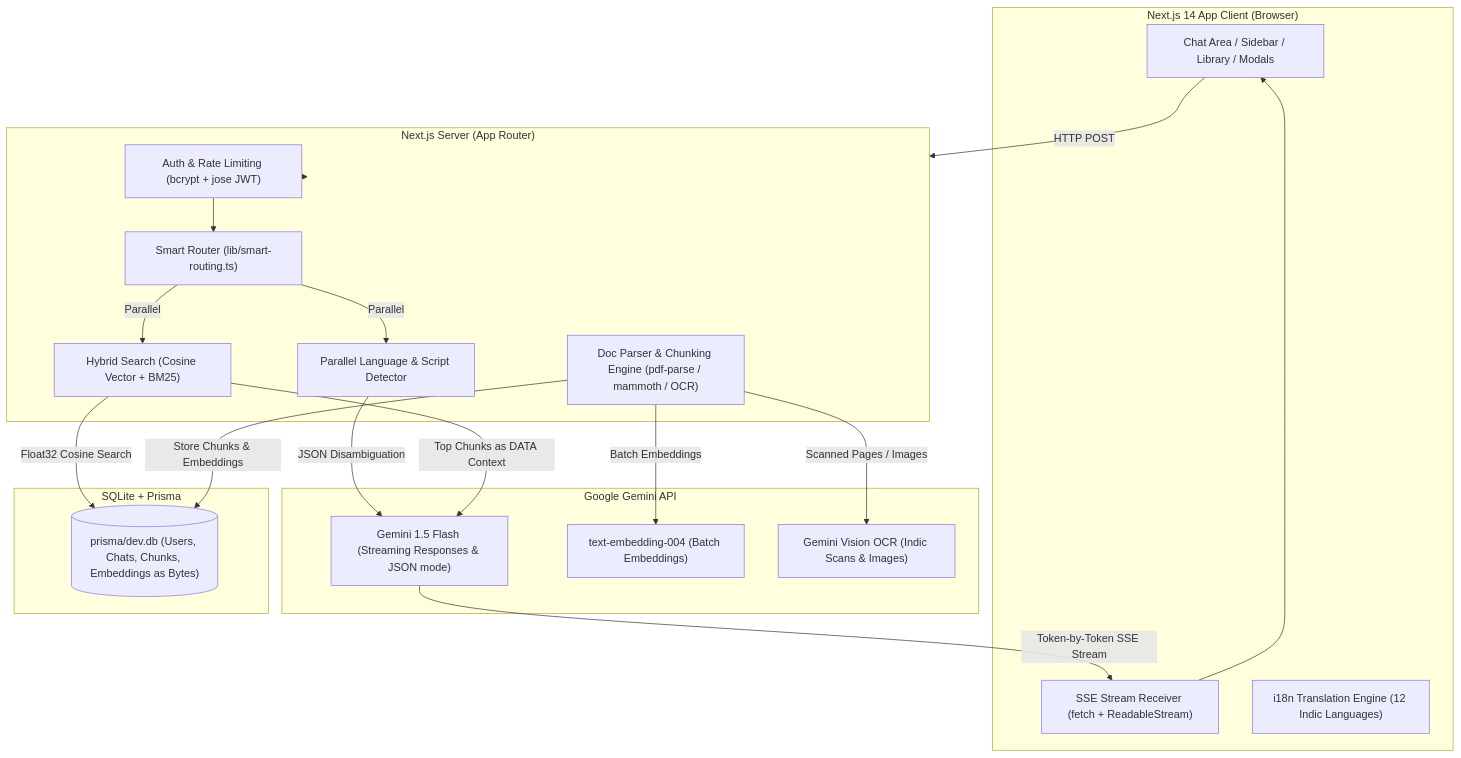
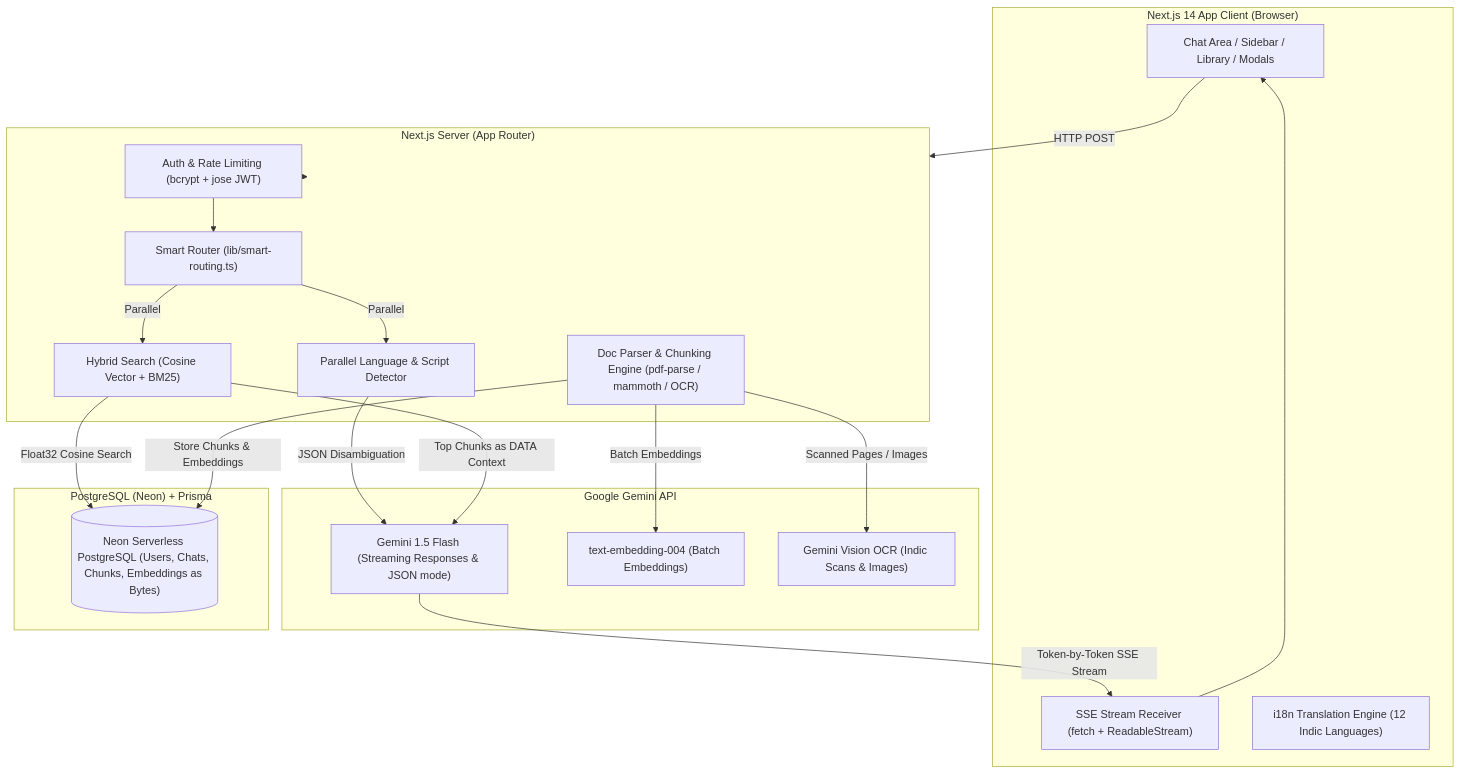
The diagram in README.md (rjmaha-codes14/PolyRAG), drawn with Mermaid before and after one commit. The commit also changed other lines of this file and 39 other files, not shown here.

Commit message:
Switch to Neon PostgreSQL,fix auth and Gemini

````diff
--- a/README.md
+++ b/README.md
@@ -11,40 +11,40 @@
 ```mermaid
 flowchart TD
     subgraph Client["Next.js 14 App Client (Browser)"]
         UI["Chat Area / Sidebar / Library / Modals"]
         SSE["SSE Stream Receiver (fetch + ReadableStream)"]
         I18N["i18n Translation Engine (12 Indic Languages)"]
     end
 
     subgraph Server["Next.js Server (App Router)"]
         Auth["Auth & Rate Limiting (bcrypt + jose JWT)"]
         Router["Smart Router (lib/smart-routing.ts)"]
         LangDetect["Parallel Language & Script Detector"]
         Hybrid["Hybrid Search (Cosine Vector + BM25)"]
         DocIngest["Doc Parser & Chunking Engine (pdf-parse / mammoth / OCR)"]
     end
 
     subgraph Gemini["Google Gemini API"]
         LLM["Gemini 1.5 Flash (Streaming Responses & JSON mode)"]
         Embeddings["text-embedding-004 (Batch Embeddings)"]
         VisionOCR["Gemini Vision OCR (Indic Scans & Images)"]
     end
 
-    subgraph DB["SQLite + Prisma"]
-        SQLite[("prisma/dev.db (Users, Chats, Chunks, Embeddings as Bytes)")]
+    subgraph DB["PostgreSQL (Neon) + Prisma"]
+        Postgres[("Neon Serverless PostgreSQL (Users, Chats, Chunks, Embeddings as Bytes)")]
     end
 
     UI -->|HTTP POST| Server
     Server --> Auth
     Auth --> Router
     Router -->|Parallel| LangDetect
     Router -->|Parallel| Hybrid
     LangDetect -->|JSON Disambiguation| LLM
-    Hybrid -->|Float32 Cosine Search| SQLite
+    Hybrid -->|Float32 Cosine Search| Postgres
     DocIngest -->|Batch Embeddings| Embeddings
     DocIngest -->|Scanned Pages / Images| VisionOCR
-    DocIngest -->|Store Chunks & Embeddings| SQLite
+    DocIngest -->|Store Chunks & Embeddings| Postgres
     Hybrid -->|Top Chunks as DATA Context| LLM
     LLM -->|Token-by-Token SSE Stream| SSE
     SSE --> UI
 ```
````
